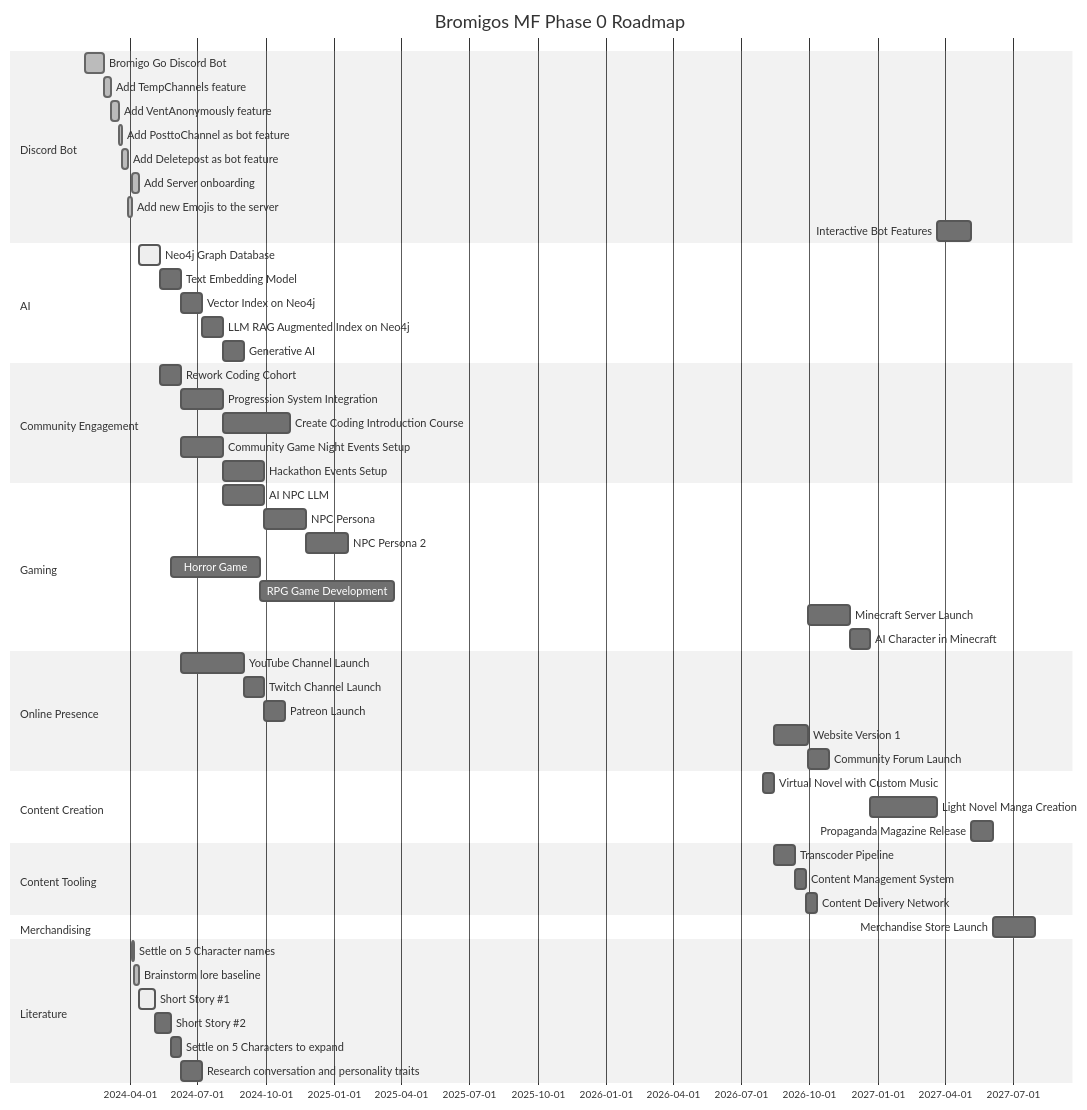
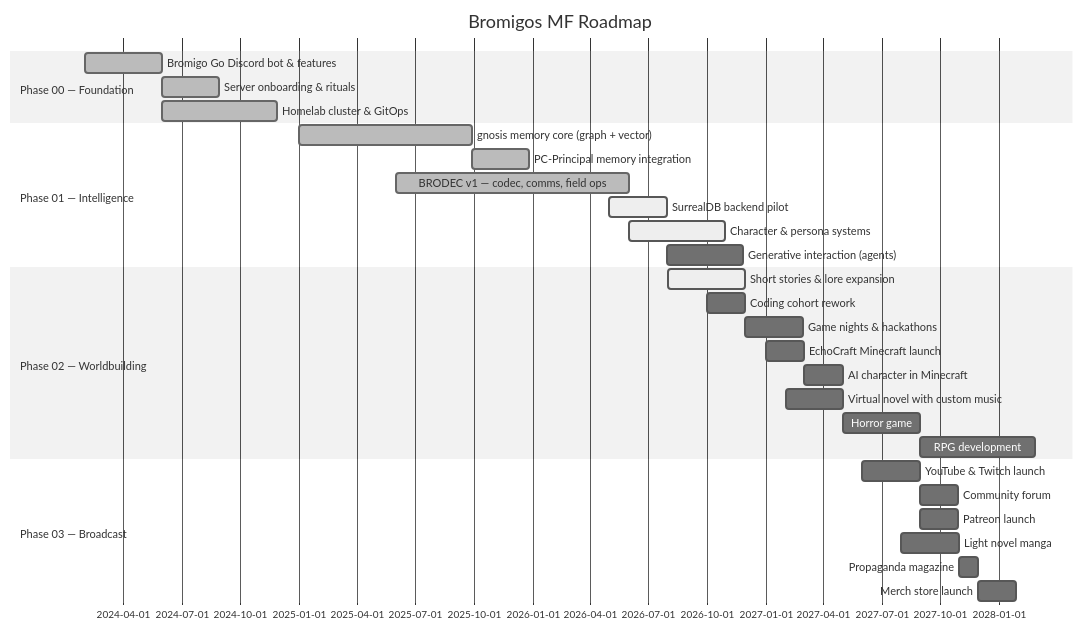
Before and after one commit to bromigos-org/.github: the diagram in profile/README.md, drawn with Mermaid (neutral theme). The commit also changed other lines of this file, not shown here.

Commit message:
Refresh org profile: active operations roster and phased roadmap
Replace the stale 2024 task gantt with the current project roster
(BRODEC, PC-Principal, gnosis, homelab, EchoCraft, GhostWriter), a
phase-level timeline, and per-phase checklists reflecting what has
shipped.

````diff
--- a/profile/README.md
+++ b/profile/README.md
@@ -5,69 +21,36 @@
 ```mermaid
 gantt
     dateFormat  YYYY-MM-DD
-    title Bromigos MF Phase 0 Roadmap
+    title Bromigos MF Roadmap
 
-    section Discord Bot
-    Bromigo Go Discord Bot        :done, bot1, 2024-02-01, 25d
-    Add TempChannels feature     :done, vap1, after bot1, 10d
-    Add VentAnonymously feature        :done, tcp1, after vap1, 10d
-    Add PosttoChannel as bot feature       :done, ptc1, after tcp1, 5d
-    Add Deletepost as bot feature        :done, dp1, after ptc1, 8d
-    Add Server onboarding      :done,        sb1, after ne1, 10d
-    Add new Emojis to the server      :done,        ne1, after dp1, 5d
-    Interactive Bot Features        :        ibf1, after manga1, 45d
+    section Phase 00 — Foundation
+    Bromigo Go Discord bot & features   :done, p0a, 2024-02-01, 120d
+    Server onboarding & rituals         :done, p0b, after p0a, 90d
+    Homelab cluster & GitOps            :done, p0c, 2024-06-01, 180d
 
-    section AI
-    Neo4j Graph Database :active,        neo1, after sb1, 4w
-    Text Embedding Model :        tem1, after neo1, 4w
-    Vector Index on Neo4j:        vin1, after tem1, 4w
-    LLM RAG Augmented Index on Neo4j: lrain1, after vin1, 4w
-    Generative AI :        gai1, after lrain1, 4w
-    
+    section Phase 01 — Intelligence
+    gnosis memory core (graph + vector) :done, p1a, 2025-01-01, 270d
+    PC-Principal memory integration     :done, p1b, after p1a, 90d
+    BRODEC v1 — codec, comms, field ops :done, p1c, 2025-06-01, 365d
+    SurrealDB backend pilot             :active, p1d, 2026-05-01, 90d
+    Character & persona systems         :active, p1e, 2026-06-01, 150d
+    Generative interaction (agents)     :p1f, after p1d, 120d
 
-    section Community Engagement
-    Rework Coding Cohort          :        rcc1, after neo1, 4w
-    Progression System Integration:        psi1, after rcc1, 8w
-    Create Coding Introduction Course:      cic1, after psi1, 90d
-    Community Game Night Events Setup          :        cgn1, after rcc1, 8w
-    Hackathon Events Setup               :        hack1, after cgn1, 8w
+    section Phase 02 — Worldbuilding
+    Short stories & lore expansion      :active, p2a, 2026-08-01, 120d
+    Coding cohort rework                :p2b, 2026-10-01, 60d
+    Game nights & hackathons            :p2c, after p2b, 90d
+    EchoCraft Minecraft launch          :p2d, 2027-01-01, 60d
+    AI character in Minecraft           :p2e, after p2d, 60d
+    Virtual novel with custom music     :p2f, 2027-02-01, 90d
+    Horror game                         :p2g, after p2f, 120d
+    RPG development                     :p2h, after p2g, 180d
 
-    section Gaming
-    AI NPC LLM                 :        anp1, after lrain1, 8w
-    NPC Persona               :        np1, after anp1, 8w
-    NPC Persona 2             :        np2, after np1, 8w
-    Horror Game                     :        hg1, after ss2, 120d
-    RPG Game Development            :        rpg1, after hg1, 180d
-    Minecraft Server Launch         :        mc1, after web1, 8w
-    AI Character in Minecraft       :        ai1, after mc1, 4w
-
-    section Online Presence
-    YouTube Channel Launch          :        yt1, after rcc1, 12w
-    Twitch Channel Launch           :        twitch1, after yt1, 4w
-    Patreon Launch                  :        pat1, after twitch1, 4w
-    Website Version 1               :        web1, after vn1, 45d
-    Community Forum Launch          :        cf1, after web1, 4w
-
-    section Content Creation
-    Virtual Novel with Custom Music :        vn1, after tb3, 15d
-    Light Novel Manga Creation      :        manga1, after ai1, 90d
-    Propaganda Magazine Release     :        pm1, after ibf1, 30d
-
-    section Content Tooling
-    Transcoder Pipeline             :        tp1, after vn1, 4w
-    Content Management System       :        cms1, after tp1, 2w
-    Content Delivery Network        :        cdn1, after cms1, 15d
-
-    section Merchandising
-    Merchandise Store Launch        :        merch1, after pm1, 8w
-
-    section Literature
-    Settle on 5 Character names       :done,        scn1, after ne1, 3d
-    Brainstorm lore baseline     :done,        cb1, after scn1, 1w
-    Short Story #1:active,        ss1, after cb1, 3w
-    Short Story #2:        ss2, after ss1, 3w
-    Settle on 5 Characters to expand     :        scd1, after ss2, 2w
-    Research conversation and personality traits:        rcpt1, after scd1, 4w
-
-
+    section Phase 03 — Broadcast
+    YouTube & Twitch launch             :p3a, 2027-06-01, 90d
+    Community forum                     :p3b, after p3a, 60d
+    Patreon launch                      :p3c, after p3a, 60d
+    Light novel manga                   :p3d, 2027-08-01, 90d
+    Propaganda magazine                 :p3e, after p3d, 30d
+    Merch store launch                  :p3f, after p3e, 60d
 ```
````
